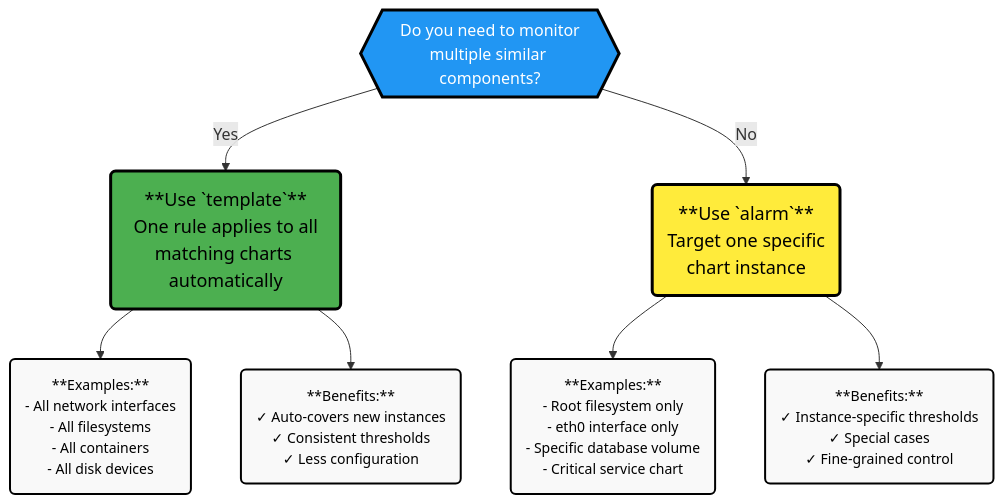
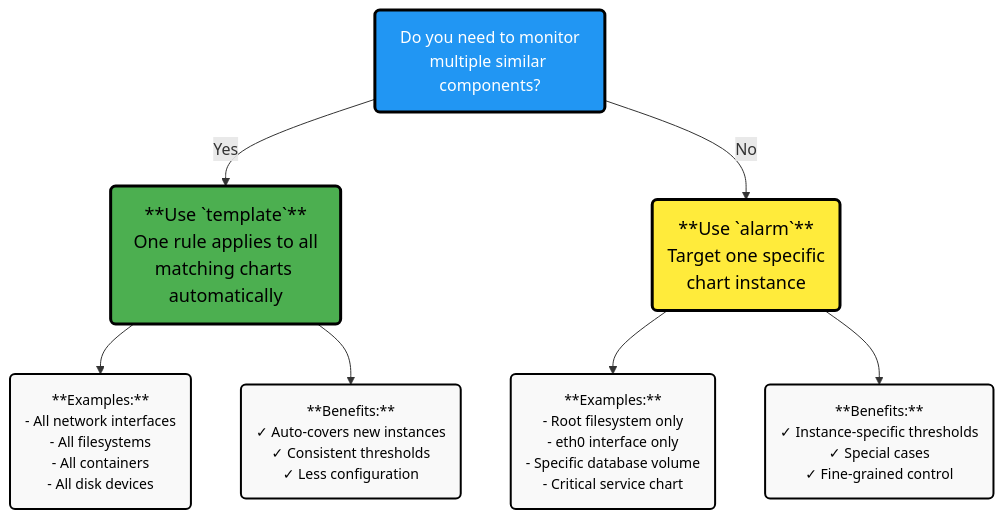
One commit to netdata/netdata changed the diagram in docs/alerts/understanding-alerts/alert-types-alarm-vs-template.md. Above: the diagram before and after it, drawn with Mermaid.

Commit message:
fix flowchart

````diff
--- a/docs/alerts/understanding-alerts/alert-types-alarm-vs-template.md
+++ b/docs/alerts/understanding-alerts/alert-types-alarm-vs-template.md
@@ -52,29 +52,24 @@
 ```mermaid
 flowchart TD
-    Start{{"Do you need to monitor<br/>multiple similar components?"}}
-    
+    Start("Do you need to monitor<br/>multiple similar components?")
     Start -->|Yes| Multiple("**Use `template`**<br/>One rule applies to all<br/>matching charts automatically")
     Start -->|No| Single("**Use `alarm`**<br/>Target one specific<br/>chart instance")
-    
     Multiple --> Examples1("**Examples:**<br/>- All network interfaces<br/>- All filesystems<br/>- All containers<br/>- All disk devices")
-    
     Single --> Examples2("**Examples:**<br/>- Root filesystem only<br/>- eth0 interface only<br/>- Specific database volume<br/>- Critical service chart")
-    
     Multiple --> Benefits1("**Benefits:**<br/>✓ Auto-covers new instances<br/>✓ Consistent thresholds<br/>✓ Less configuration")
-    
     Single --> Benefits2("**Benefits:**<br/>✓ Instance-specific thresholds<br/>✓ Special cases<br/>✓ Fine-grained control")
-
-    %% Style definitions
-    classDef decision fill:#2196F3,stroke:#000000,stroke-width:3px,color:#ffffff,font-size:16px
-    classDef template fill:#4caf50,stroke:#000000,stroke-width:3px,color:#000000,font-size:18px
-    classDef alarm fill:#ffeb3b,stroke:#000000,stroke-width:3px,color:#000000,font-size:18px
-    classDef examples fill:#f9f9f9,stroke:#000000,stroke-width:2px,color:#000000,font-size:14px
-    classDef benefits fill:#f9f9f9,stroke:#000000,stroke-width:2px,color:#000000,font-size:14px
-
-    %% Apply styles
+%% Style definitions
+    classDef decision fill: #2196F3, stroke: #000000, stroke-width: 3px, color: #ffffff, font-size: 16px
+    classDef template fill: #4caf50, stroke: #000000, stroke-width: 3px, color: #000000, font-size: 18px
+    classDef alarm fill: #ffeb3b, stroke: #000000, stroke-width: 3px, color: #000000, font-size: 18px
+    classDef examples fill: #f9f9f9, stroke: #000000, stroke-width: 2px, color: #000000, font-size: 14px
+    classDef benefits fill: #f9f9f9, stroke: #000000, stroke-width: 2px, color: #000000, font-size: 14px
+%% Apply styles
     class Start decision
     class Multiple template
     class Single alarm
-    class Examples1,Examples2 examples
-    class Benefits1,Benefits2 benefits
+    class Examples1 examples
+    class Examples2 examples
+    class Benefits1 benefits
+    class Benefits2 benefits
 ```
````
